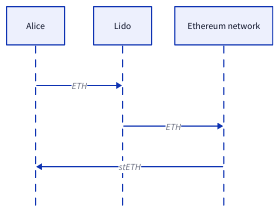
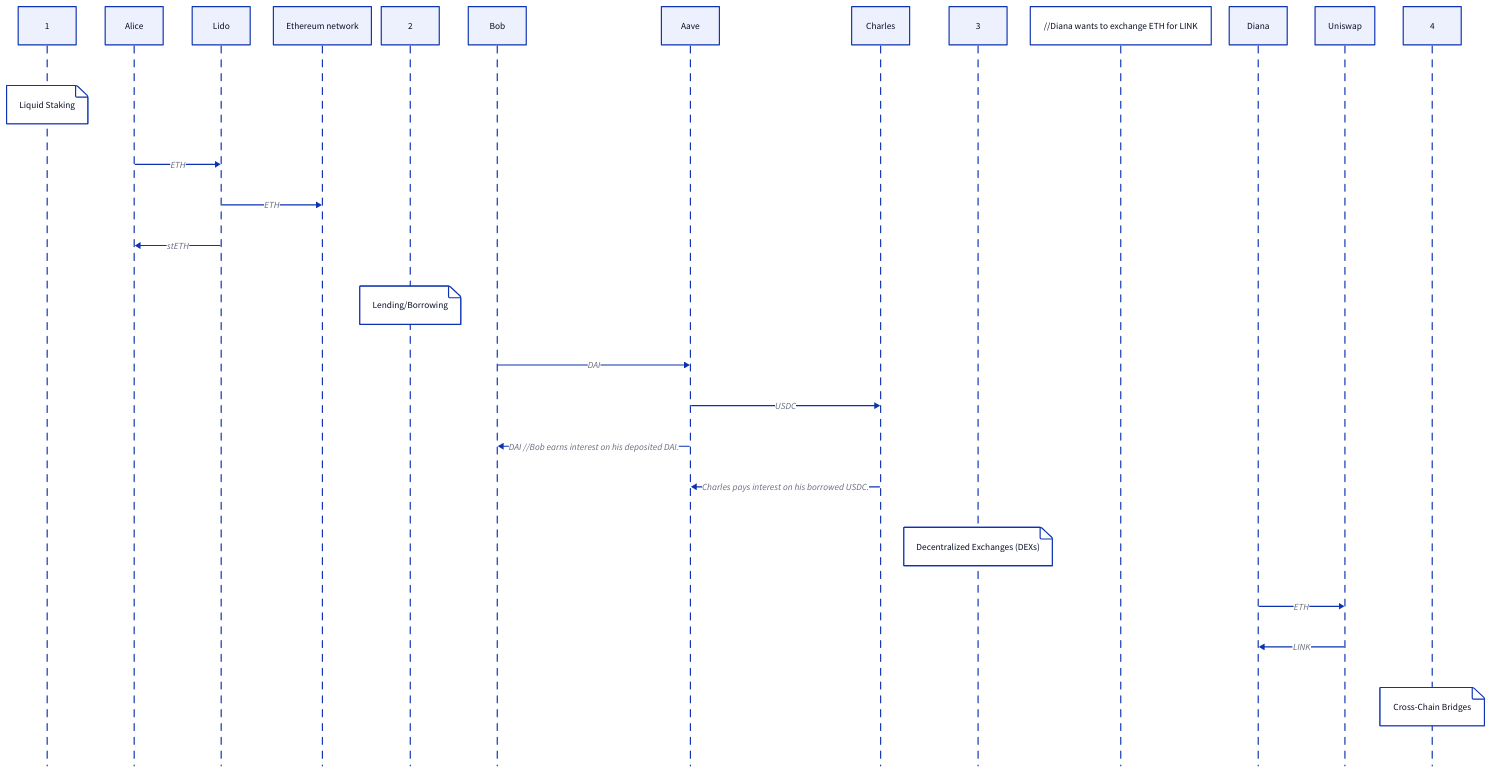
One commit to rikiPraizler/labs changed the diagram in task/defi.d2. Above: the diagram before and after it, drawn with D2.

Commit message:
continue with defi

```diff
--- a/task/defi.d2
+++ b/task/defi.d2
@@ -1,4 +1,19 @@
+1.Liquid Staking
 shape: sequence_diagram
 Alice -> Lido:ETH
 Lido -> Ethereum network:ETH
-Ethereum network -> Alice:stETH
+Lido -> Alice:stETH
+
+2.Lending/Borrowing
+shape: sequence_diagram
+Bob -> Aave:DAI
+Aave -> Charles:USDC
+Aave -> Bob:DAI //Bob earns interest on his deposited DAI.
+Charles -> Aave:Charles pays interest on his borrowed USDC.
+
+3.Decentralized Exchanges (DEXs)
+//Diana wants to exchange ETH for LINK.
+Diana -> Uniswap:ETH
+Uniswap -> Diana:LINK
+
+4.Cross-Chain Bridges
```
